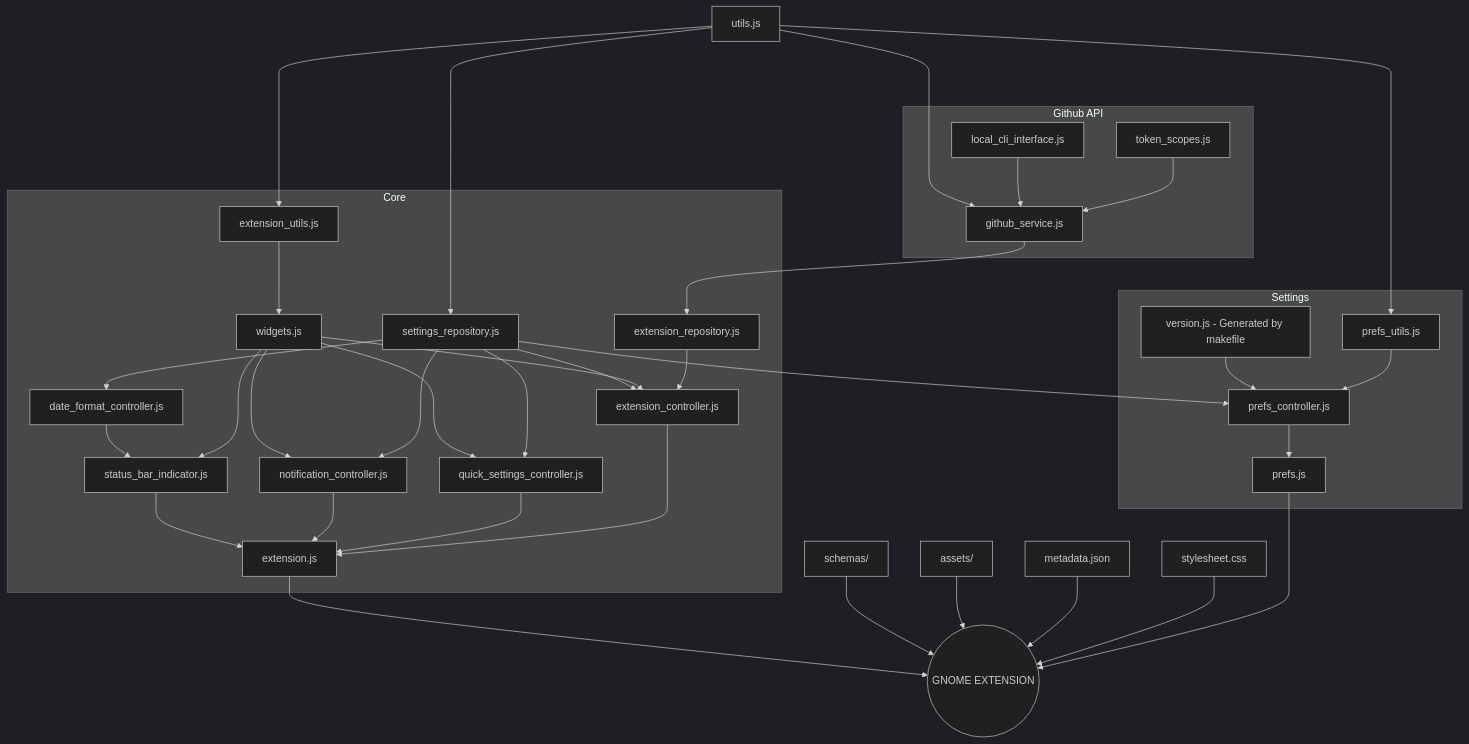
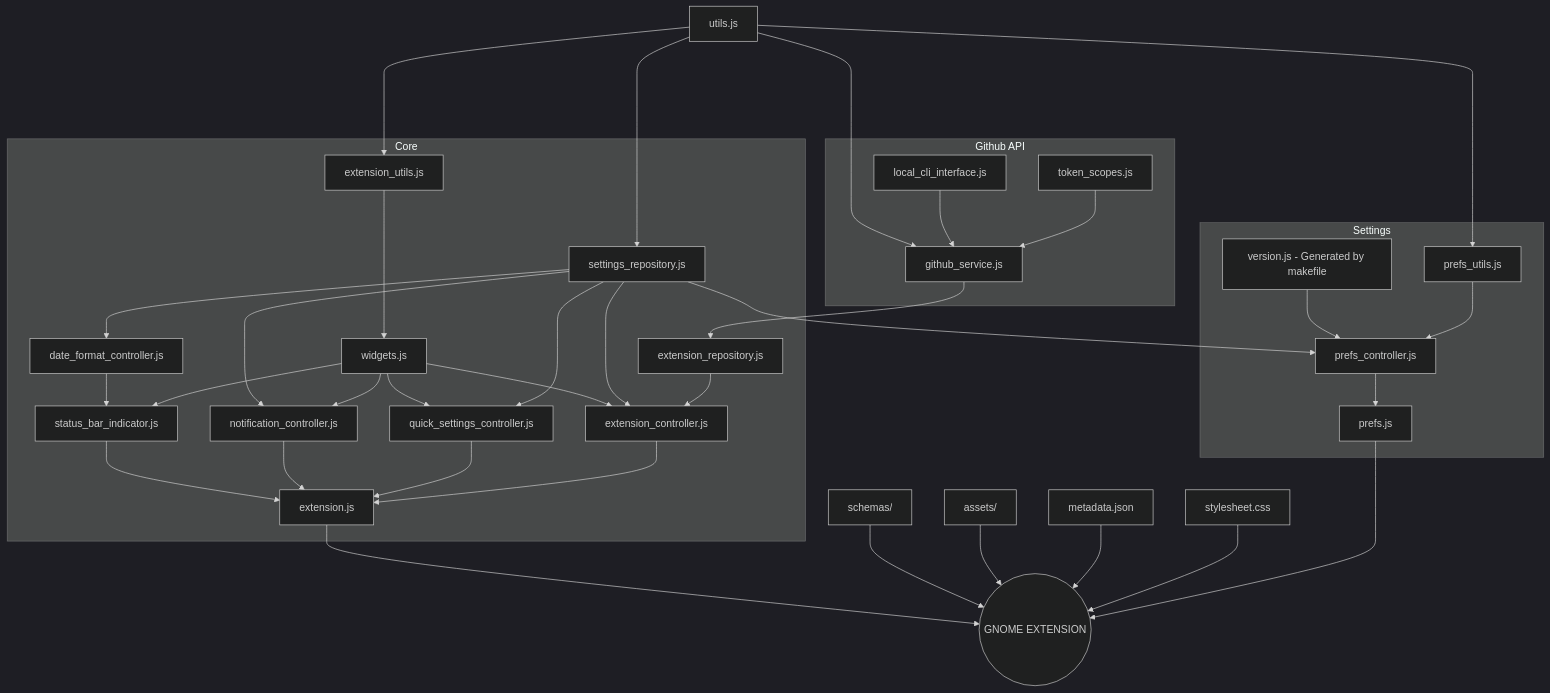
Before and after one commit to arononak/github-actions-gnome-extension: the diagram in README.md, drawn with Mermaid (dark theme).

````diff
--- a/README.md
+++ b/README.md
@@ -33,62 +33,62 @@
 ```mermaid
 graph TD
     utils.js---->extension_utils.js
     utils.js---->github_service.js
     utils.js---->prefs_utils.js
     utils.js---->settings_repository.js
-    extension_utils.js-->widgets.js
+    extension_utils.js--->widgets.js
     settings_repository.js-->date_format_controller.js
     date_format_controller.js-->status_bar_indicator.js
-    widgets.js--->status_bar_indicator.js
-    widgets.js--->quick_settings_controller.js
-    widgets.js--->notification_controller.js
+    widgets.js-->extension_controller.js
+    widgets.js-->status_bar_indicator.js
+    widgets.js-->quick_settings_controller.js
     settings_repository.js-->extension_controller.js
-    widgets.js-->extension_controller.js
     local_cli_interface.js-->github_service.js
     token_scopes.js-->github_service.js
     github_service.js-->extension_repository.js
     extension_repository.js-->extension_controller.js
     settings_repository.js-->quick_settings_controller.js
     settings_repository.js-->notification_controller.js
+    widgets.js-->notification_controller.js
     settings_repository.js-->prefs_controller.js
     version.js[version.js - Generated by makefile]-->prefs_controller.js
     prefs_utils.js-->prefs_controller.js
     prefs_controller.js-->prefs.js
     status_bar_indicator.js-->extension.js
     notification_controller.js-->extension.js
     quick_settings_controller.js-->extension.js
     extension_controller.js-->extension.js
     
     extension.js-->EXTENSION((GNOME EXTENSION))
     schemas/-->EXTENSION((GNOME EXTENSION))
     assets/-->EXTENSION((GNOME EXTENSION))
     metadata.json-->EXTENSION((GNOME EXTENSION))
     stylesheet.css-->EXTENSION((GNOME EXTENSION))
     prefs.js-->EXTENSION((GNOME EXTENSION))
 
     subgraph "Settings"
         version.js
         prefs.js
         prefs_controller.js
         prefs_utils.js
     end
 
     subgraph "Github API"
         token_scopes.js
         local_cli_interface.js
         github_service.js
     end
 
     subgraph "Core"
         extension.js
         extension_controller.js
         quick_settings_controller.js
         notification_controller.js
         status_bar_indicator.js
         settings_repository.js
         widgets.js
         extension_utils.js
         extension_repository.js
         date_format_controller.js
     end
 ```
````
